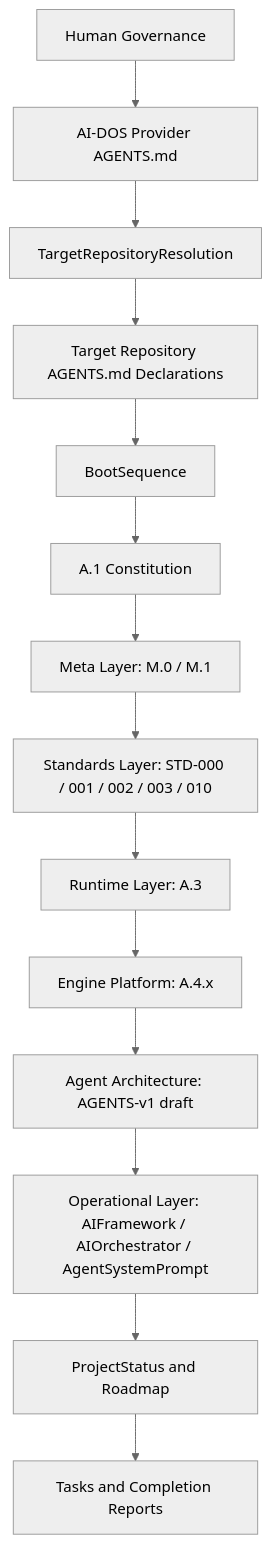
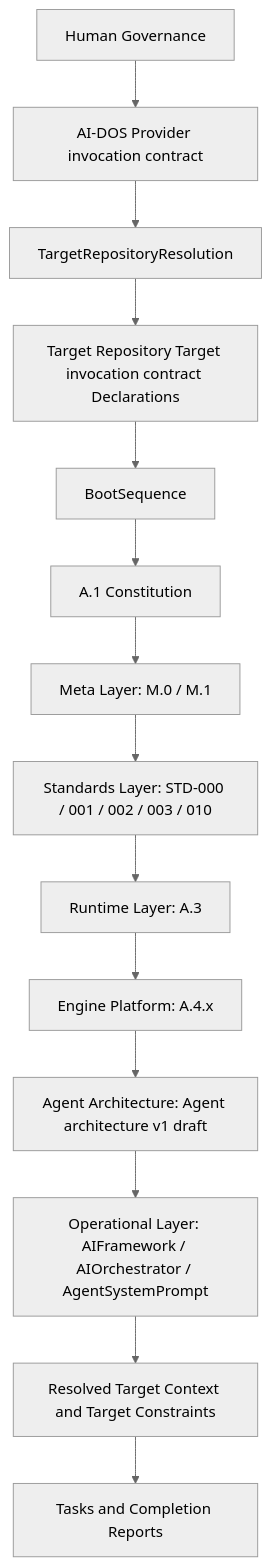
Before and after one commit to doallon/forge-ai: the first of 11 diagrams in docs/AI/GOVERNANCE.md, drawn with Mermaid (neutral theme). The commit also changed other lines of this file and 5 other files, not shown here.

Commit message:
Correct AI-DOS core context abstraction

````diff
--- a/docs/AI/GOVERNANCE.md
+++ b/docs/AI/GOVERNANCE.md
@@ -128,18 +128,18 @@
 ```mermaid
 flowchart TD
     H[Human Governance]
-    B[AI-DOS Provider AGENTS.md]
+    B[AI-DOS Provider invocation contract]
     TRR[TargetRepositoryResolution]
     BS[BootSequence]
-    TG[Target Repository AGENTS.md Declarations]
+    TG[Target Repository Target invocation contract Declarations]
     C[A.1 Constitution]
     M[Meta Layer: M.0 / M.1]
     S[Standards Layer: STD-000 / 001 / 002 / 003 / 010]
     R[Runtime Layer: A.3]
     E[Engine Platform: A.4.x]
-    A[Agent Architecture: AGENTS-v1 draft]
+    A[Agent Architecture: Agent architecture v1 draft]
     O[Operational Layer: AIFramework / AIOrchestrator / AgentSystemPrompt]
-    P[ProjectStatus and Roadmap]
+    P[Resolved Target Context and Target Constraints]
     T[Tasks and Completion Reports]
     H --> B --> TRR --> TG --> BS --> C --> M --> S --> R --> E --> A --> O --> P --> T
 ```
````
